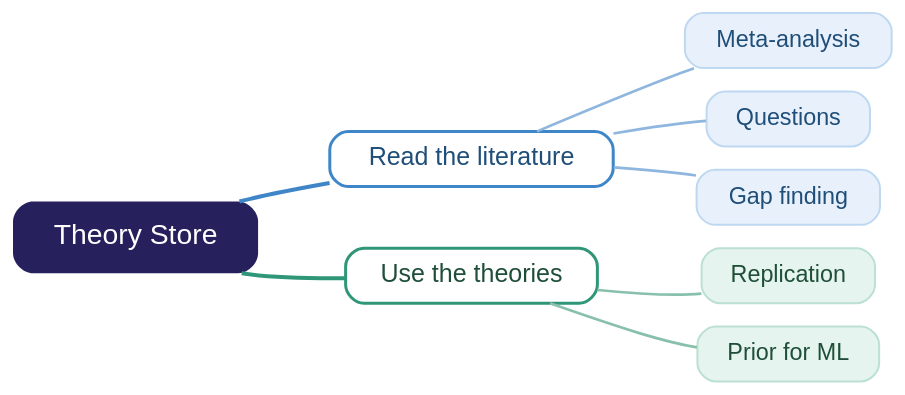
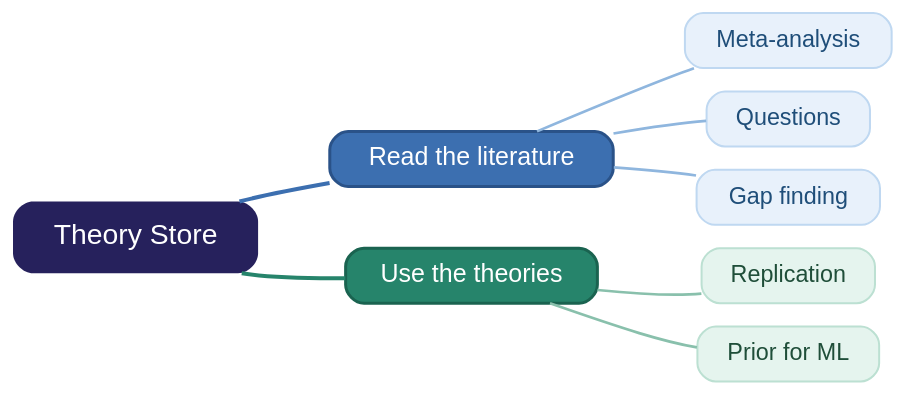
Before and after one commit to GokuHashira/gpsaggese.github.io: the first of 15 diagrams in papers/Causal_Analysis_for_Finance/notes.slides.md, drawn with Graphviz. The commit also changed other lines of this file and 6 other files, not shown here.

````diff
--- a/papers/Causal_Analysis_for_Finance/notes.slides.md
+++ b/papers/Causal_Analysis_for_Finance/notes.slides.md
@@ -150,31 +158,31 @@
 ```graphviz[width=100%]
 digraph Applications {
   graph [rankdir=LR, splines=curved, bgcolor="transparent",
          ranksep="0.6", nodesep=0.20, pad=0.2, fontname="Helvetica"];
   node  [shape=box, style="rounded,filled", fontname="Helvetica", fontsize=14,
          fontcolor="#26215C", color="#D8D6EE", penwidth=1.2,
          height=0.46, margin="0.20,0.08"];
   edge  [arrowhead=none, penwidth=1.6, color="#B9B6D6"];
 
   root [label="Theory Store", fillcolor="#26215C", fontcolor="white",
         fontsize=17, penwidth=0, margin="0.26,0.16"];
 
   // Read the literature : blue
-  read [label="Read the literature", fillcolor="white", color="#3E86C8",
-        fontcolor="#1F4E79", penwidth=1.8, fontsize=15];
+  read [label="Read the literature", fillcolor="#3C6FB0", color="#2A5288",
+        fontcolor="white", penwidth=1.8, fontsize=15];
   meta [label="Meta-analysis", fillcolor="#E8F1FB", color="#BFD8F1", fontcolor="#1F4E79"];
   qa   [label="Questions", fillcolor="#E8F1FB", color="#BFD8F1", fontcolor="#1F4E79"];
   gap  [label="Gap finding", fillcolor="#E8F1FB", color="#BFD8F1", fontcolor="#1F4E79"];
 
   // Use the theories : teal
-  use  [label="Use the theories", fillcolor="white", color="#2F9678",
-        fontcolor="#1F4E39", penwidth=1.8, fontsize=15];
+  use  [label="Use the theories", fillcolor="#26846B", color="#1A6350",
+        fontcolor="white", penwidth=1.8, fontsize=15];
   repl [label="Replication", fillcolor="#E5F4EE", color="#BCE0D2", fontcolor="#1F4E39"];
   prior [label="Prior for ML", fillcolor="#E5F4EE", color="#BCE0D2", fontcolor="#1F4E39"];
 
-  root -> read [color="#3E86C8", penwidth=2.4];
-  root -> use  [color="#2F9678", penwidth=2.4];
+  root -> read [color="#3C6FB0", penwidth=2.4];
+  root -> use  [color="#26846B", penwidth=2.4];
   read -> {meta qa gap} [color="#8FB6DE"];
   use  -> {repl prior}  [color="#89C0AC"];
 }
 ```
````
